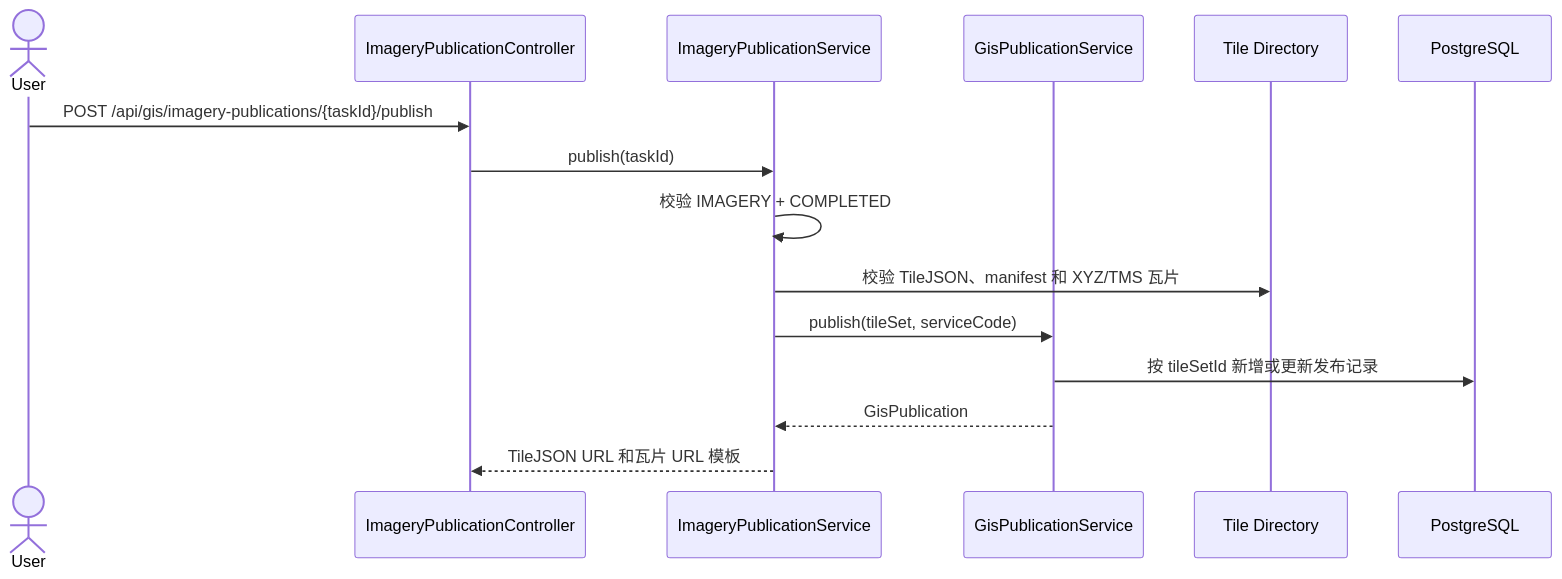
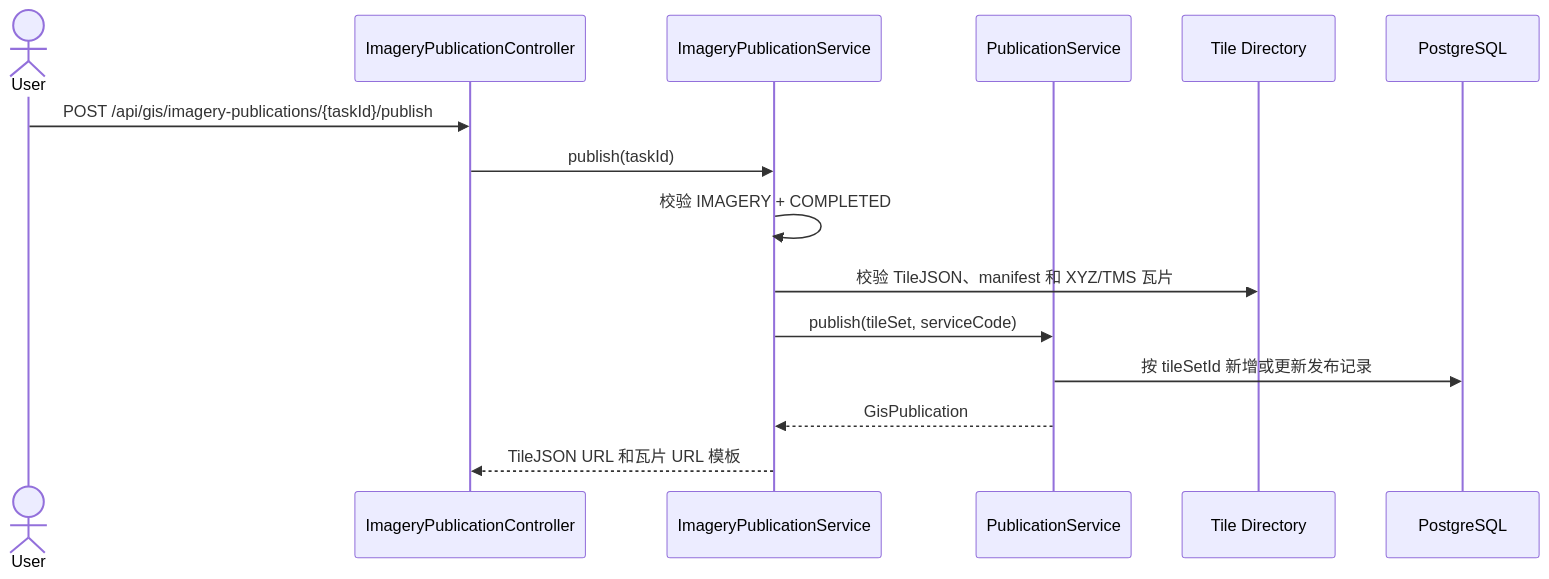
One commit to ch-dpf/Ocean_Admin_Service changed the second of 2 diagrams in docs/imagery-publication-uml.md. Above: the diagram before and after it, drawn with Mermaid. The commit also changed other lines of this file and 21 other files, not shown here.

````diff
--- a/docs/imagery-publication-uml.md
+++ b/docs/imagery-publication-uml.md
@@ -56,18 +56,18 @@
 ```mermaid
 sequenceDiagram
     actor User
     participant API as ImageryPublicationController
     participant TypeService as ImageryPublicationService
-    participant CommonService as GisPublicationService
+    participant CommonService as PublicationService
     participant FS as Tile Directory
     participant DB as PostgreSQL
 
     User->>API: POST /api/gis/imagery-publications/{taskId}/publish
     API->>TypeService: publish(taskId)
     TypeService->>TypeService: 校验 IMAGERY + COMPLETED
     TypeService->>FS: 校验 TileJSON、manifest 和 XYZ/TMS 瓦片
     TypeService->>CommonService: publish(tileSet, serviceCode)
     CommonService->>DB: 按 tileSetId 新增或更新发布记录
     CommonService-->>TypeService: GisPublication
     TypeService-->>API: TileJSON URL 和瓦片 URL 模板
 ```
````
